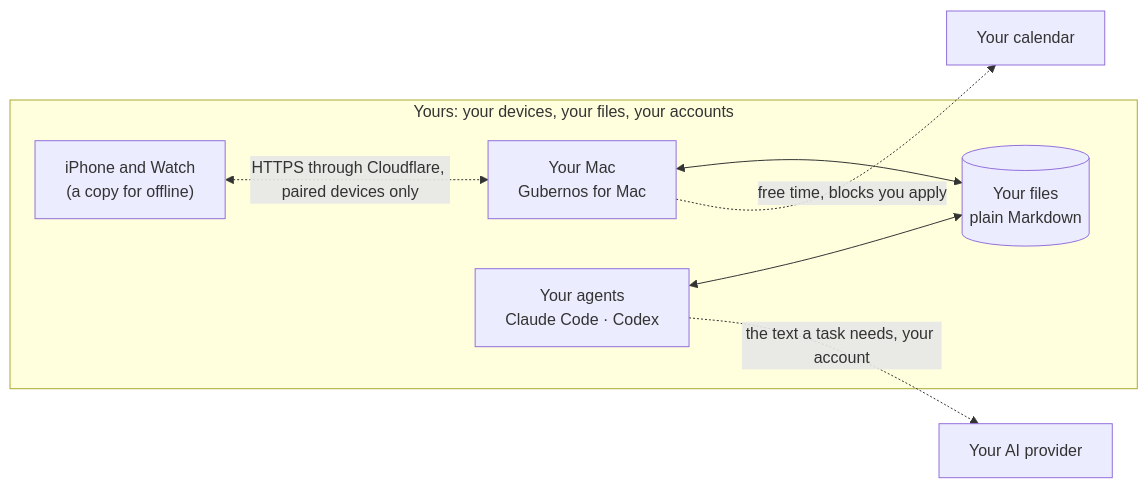
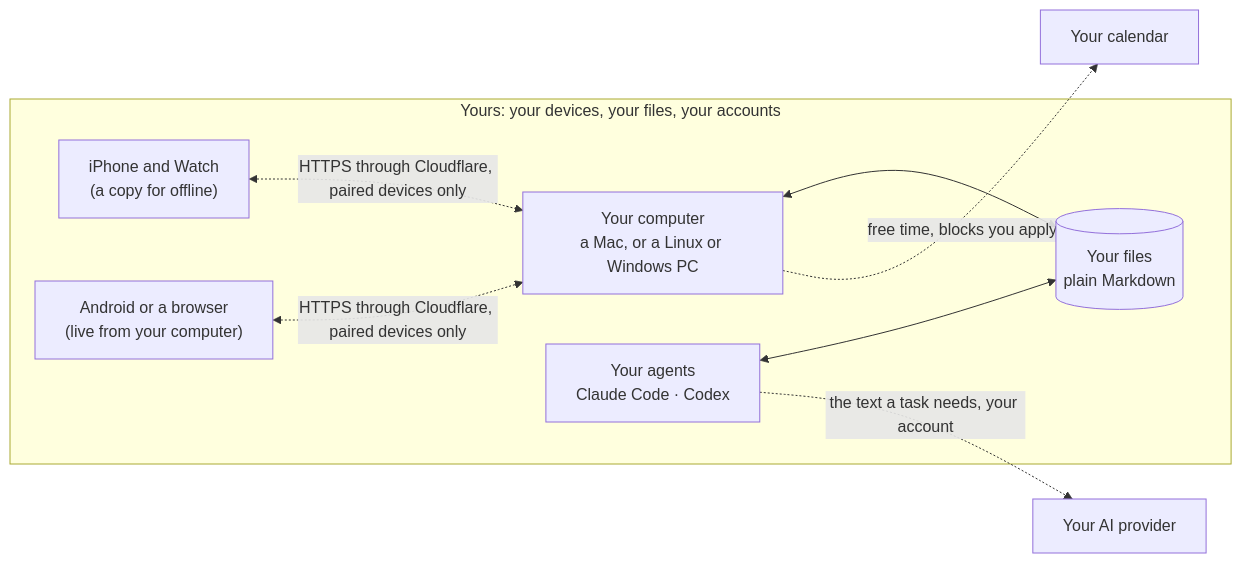
The diagram in README.md (old-bozman/gubernos), drawn with Mermaid before and after one commit. The commit also changed other lines of this file, not shown here.

Commit message:
README: Where your data lives redrawn like How it works (your computer: a Mac, Linux or Windows; Android or a browser beside the iPhone); the agent setup for any computer

````diff
--- a/README.md
+++ b/README.md
@@ -68,11 +68,13 @@
 ```mermaid
 flowchart LR
   subgraph yours["Yours: your devices, your files, your accounts"]
-    mac["Your Mac<br/>Gubernos for Mac"] <--> files[("Your files<br/>plain Markdown")]
+    mac["Your computer<br/>a Mac, or a Linux or Windows PC"] <--> files[("Your files<br/>plain Markdown")]
     phone["iPhone and Watch<br/>(a copy for offline)"]
+    web["Android or a browser<br/>(live from your computer)"]
     agents["Your agents<br/>Claude Code · Codex"] <--> files
     phone <-. "HTTPS through Cloudflare, paired devices only" .-> mac
+    web <-. "HTTPS through Cloudflare, paired devices only" .-> mac
   end
   agents -. "the text a task needs, your account" .-> ai["Your AI provider"]
   mac -. "free time, blocks you apply" .-> cal["Your calendar"]
 ```
````
